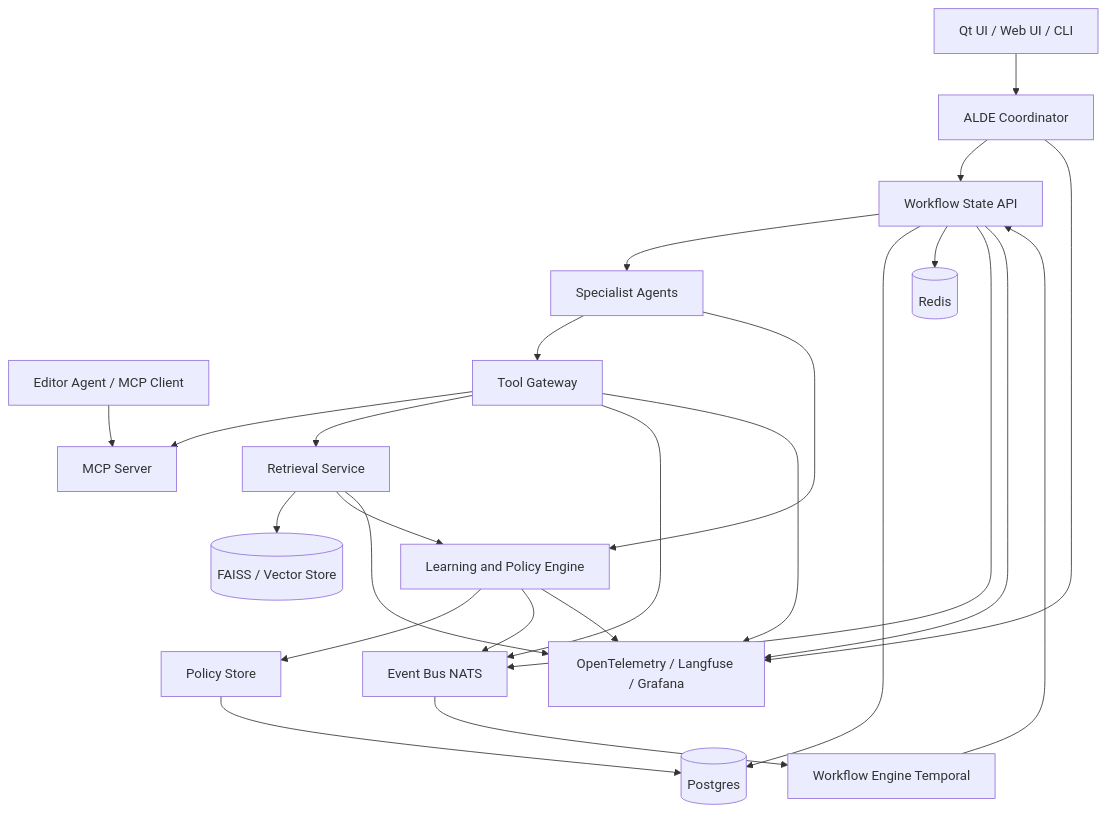
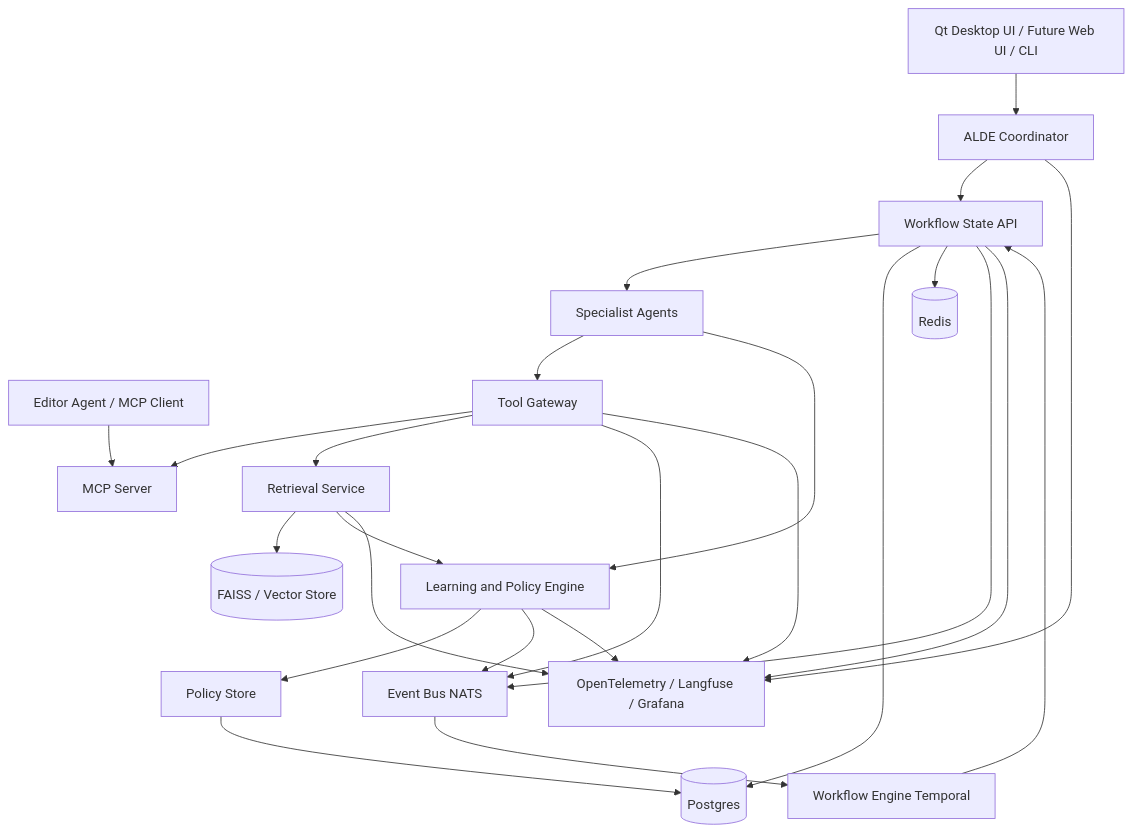
The diagram in ALDE/alde/flowchart_TB.md (aibentu/ALDE), drawn with Mermaid before and after one commit. The commit also changed 55 other files, not shown here.

````diff
--- a/ALDE/alde/flowchart_TB.md
+++ b/ALDE/alde/flowchart_TB.md
@@ -3,49 +3,49 @@
 ```mermaid
 flowchart TB
-    UI[Qt UI / Web UI / CLI]
+    UI[Qt Desktop UI / Future Web UI / CLI]
     MCPClient[Editor Agent / MCP Client]
     Coordinator[ALDE Coordinator]
     WorkflowAPI[Workflow State API]
     Specialists[Specialist Agents]
     ToolGateway[Tool Gateway]
     MCPServer[MCP Server]
     Retrieval[Retrieval Service]
     Learning[Learning and Policy Engine]
     PolicyStore[Policy Store]
     EventBus[Event Bus NATS]
     Temporal[Workflow Engine Temporal]
     Postgres[(Postgres)]
     Redis[(Redis)]
     VectorStore[(FAISS / Vector Store)]
     Observability[OpenTelemetry / Langfuse / Grafana]
 
     UI --> Coordinator
     MCPClient --> MCPServer
     Coordinator --> WorkflowAPI
     WorkflowAPI --> Specialists
     Specialists --> ToolGateway
     ToolGateway --> MCPServer
     ToolGateway --> Retrieval
     Retrieval --> VectorStore
 
     Specialists --> Learning
     Retrieval --> Learning
     Learning --> PolicyStore
     PolicyStore --> Postgres
 
     WorkflowAPI --> Postgres
     WorkflowAPI --> Redis
 
     WorkflowAPI --> EventBus
     ToolGateway --> EventBus
     Learning --> EventBus
 
     Temporal --> WorkflowAPI
     EventBus --> Temporal
 
     Coordinator --> Observability
     WorkflowAPI --> Observability
     ToolGateway --> Observability
     Retrieval --> Observability
     Learning --> Observability
 ```
````
